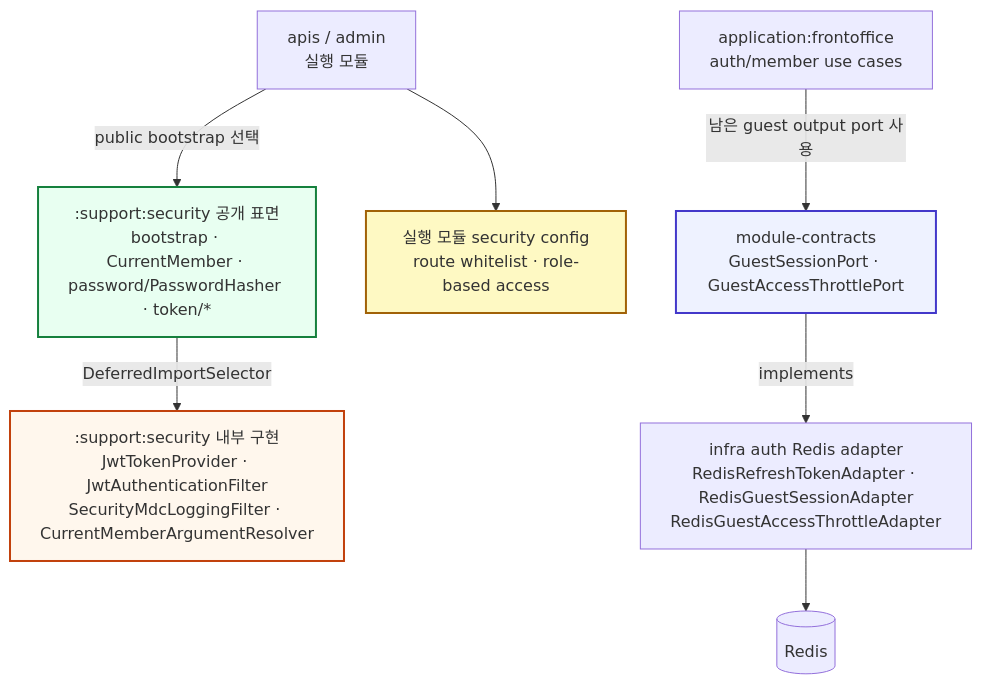
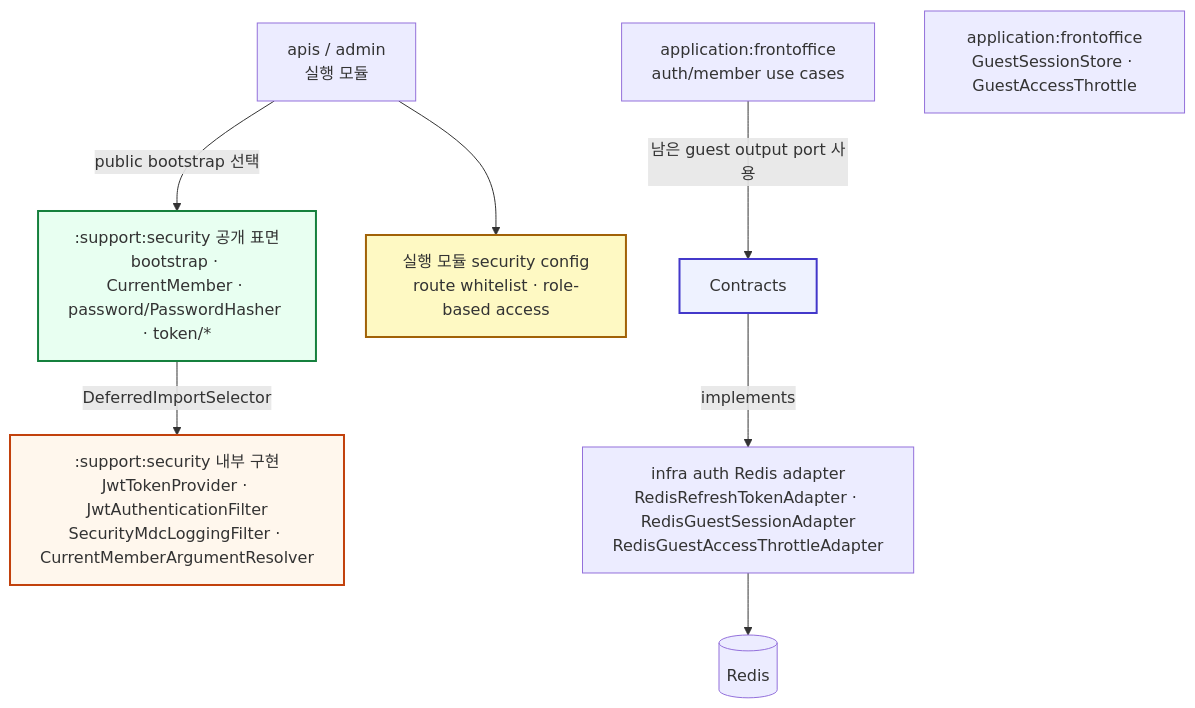
Before and after one commit to TEAM-BEAT/BEAT-SERVER: the first of 4 diagrams in gateway/README.md, drawn with Mermaid. The commit also changed other lines of this file and 515 other files, not shown here.

````diff
--- a/gateway/README.md
+++ b/gateway/README.md
@@ -81,23 +81,23 @@
 ```mermaid
 flowchart TB
     Apis[apis / admin<br/>실행 모듈]
     Application[application:frontoffice<br/>auth/member use cases]
     GatewayPublic[:support:security 공개 표면<br/>bootstrap · CurrentMember · password/PasswordHasher · token/*]
-    Contracts[module-contracts<br/>GuestSessionPort · GuestAccessThrottlePort]
+    BookingPorts[application:frontoffice<br/>GuestSessionStore · GuestAccessThrottle]
     GatewayInternal[:support:security 내부 구현<br/>JwtTokenProvider · JwtAuthenticationFilter<br/>SecurityMdcLoggingFilter · CurrentMemberArgumentResolver]
     InfraAuthRedis[infra auth Redis adapter<br/>RedisRefreshTokenAdapter · RedisGuestSessionAdapter<br/>RedisGuestAccessThrottleAdapter]
     Redis[(Redis)]
     ModuleSecurityConfig[실행 모듈 security config<br/>route whitelist · role-based access]
 
     Apis -->|public bootstrap 선택| GatewayPublic
     Application -->|남은 guest output port 사용| Contracts
     Apis --> ModuleSecurityConfig
     GatewayPublic -->|DeferredImportSelector| GatewayInternal
     Contracts -->|implements| InfraAuthRedis
     InfraAuthRedis --> Redis
 
     style GatewayPublic fill:#e8fff1,stroke:#15803d,stroke-width:2px
     style Contracts fill:#eef2ff,stroke:#4338ca,stroke-width:2px
     style GatewayInternal fill:#fff7ed,stroke:#c2410c,stroke-width:2px
     style ModuleSecurityConfig fill:#fef9c3,stroke:#a16207,stroke-width:2px
 ```
````
